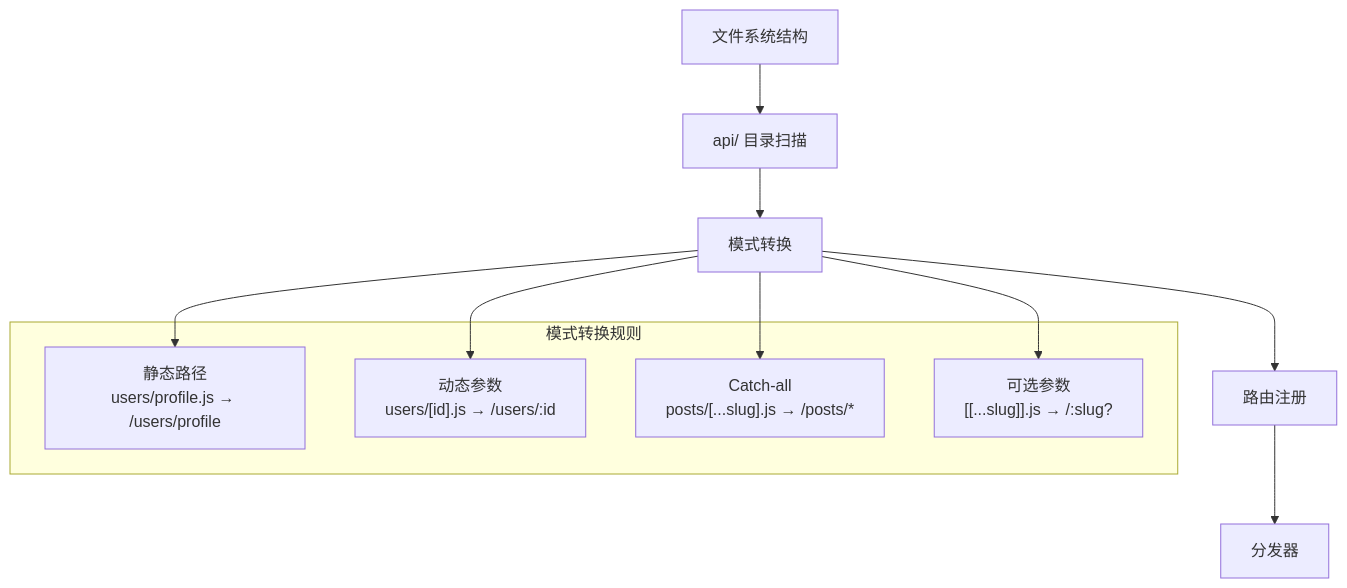
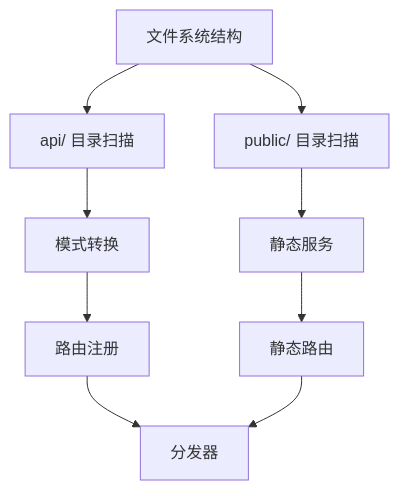
The third of 15 diagrams in .qoder/repowiki/zh/content/后端框架测试/无服务器函数处理器测试.md (esa-sp/test-for-aone-ci), drawn with Mermaid before and after one commit. The commit also changed other lines of this file and 38 other files, not shown here.

````diff
--- a/.qoder/repowiki/zh/content/后端框架测试/无服务器函数处理器测试.md
+++ b/.qoder/repowiki/zh/content/后端框架测试/无服务器函数处理器测试.md
@@ -116,17 +151,11 @@
 ```mermaid
 flowchart TD
 FS["文件系统结构"] --> API["api/ 目录扫描"]
+FS --> Public["public/ 目录扫描"]
 API --> Pattern["模式转换"]
+Public --> StaticServe["静态服务"]
 Pattern --> Routes["路由注册"]
+StaticServe --> StaticRoutes["静态路由"]
 Routes --> Dispatcher["分发器"]
-subgraph "模式转换规则"
-Static["静态路径<br/>users/profile.js → /users/profile"]
-Dynamic["动态参数<br/>users/[id].js → /users/:id"]
-CatchAll["Catch-all<br/>posts/[...slug].js → /posts/*"]
-Optional["可选参数<br/>[[...slug]].js → /:slug?"]
-end
-Pattern --> Static
-Pattern --> Dynamic
-Pattern --> CatchAll
-Pattern --> Optional
+StaticRoutes --> Dispatcher
 ```
````
